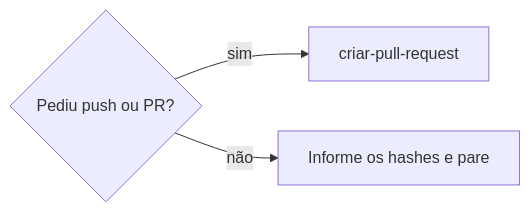
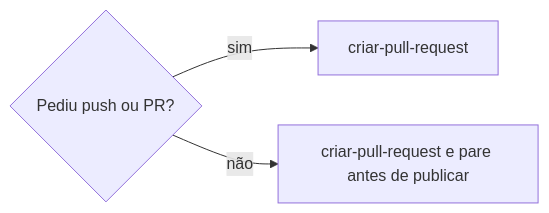
Before and after one commit to jimmyandrade/harness: the second of 2 diagrams in .agents/skills/criar-commit/SKILL.md, drawn with Mermaid. The commit also changed other lines of this file, not shown here.

First line of the commit message:
fix(criar-commit): continue into the pull request skill before stopping

````diff
--- a/.agents/skills/criar-commit/SKILL.md
+++ b/.agents/skills/criar-commit/SKILL.md
@@ -69,5 +69,5 @@
 ```mermaid
 flowchart LR
   A{Pediu push ou PR?} -->|sim| B[criar-pull-request]
-  A -->|não| C[Informe os hashes e pare]
+  A -->|não| C[criar-pull-request e pare antes de publicar]
 ```
````
